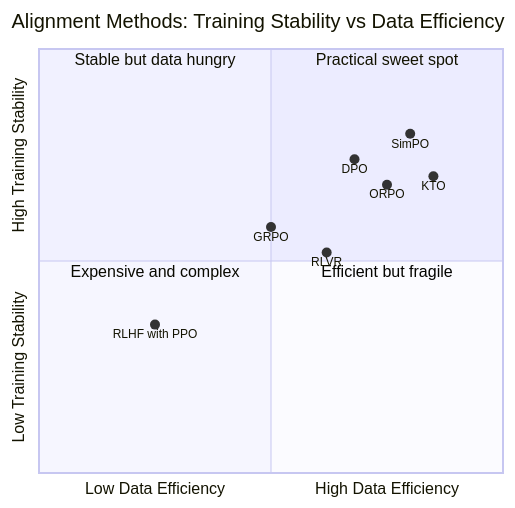
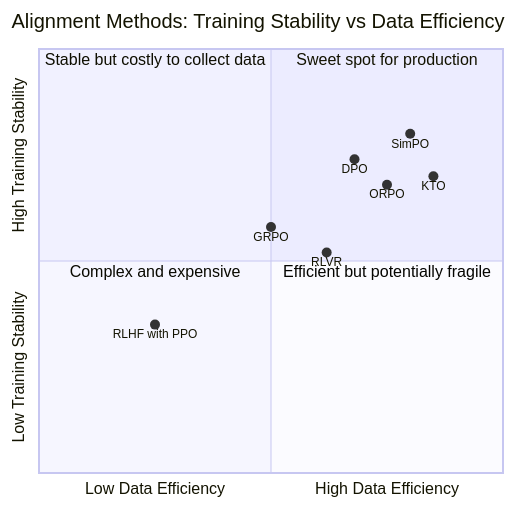
One commit to JuanLara18/portfolio changed the second of 3 diagrams in front/public/blog/posts/field-notes/rlhf-dpo-alignment.md. Above: the diagram before and after it, drawn with Mermaid. The commit also changed other lines of this file and 1 other file, not shown here.

````diff
--- a/front/public/blog/posts/field-notes/rlhf-dpo-alignment.md
+++ b/front/public/blog/posts/field-notes/rlhf-dpo-alignment.md
@@ -190,17 +300,17 @@
 ```mermaid
 quadrantChart
     title Alignment Methods: Training Stability vs Data Efficiency
     x-axis Low Data Efficiency --> High Data Efficiency
     y-axis Low Training Stability --> High Training Stability
-    quadrant-1 Practical sweet spot
-    quadrant-2 Stable but data hungry
-    quadrant-3 Expensive and complex
-    quadrant-4 Efficient but fragile
+    quadrant-1 Sweet spot for production
+    quadrant-2 Stable but costly to collect data
+    quadrant-3 Complex and expensive
+    quadrant-4 Efficient but potentially fragile
     RLHF with PPO: [0.25, 0.35]
     DPO: [0.68, 0.74]
     SimPO: [0.80, 0.80]
     KTO: [0.85, 0.70]
     ORPO: [0.75, 0.68]
     GRPO: [0.50, 0.58]
     RLVR: [0.62, 0.52]
 ```
````
